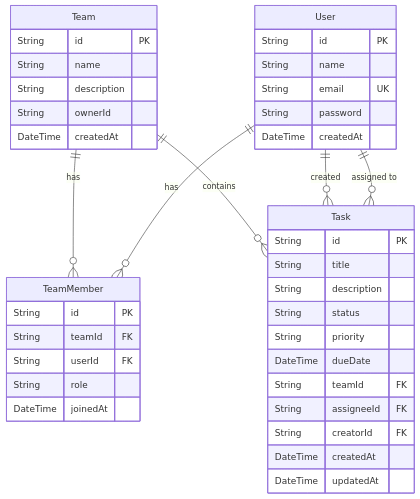
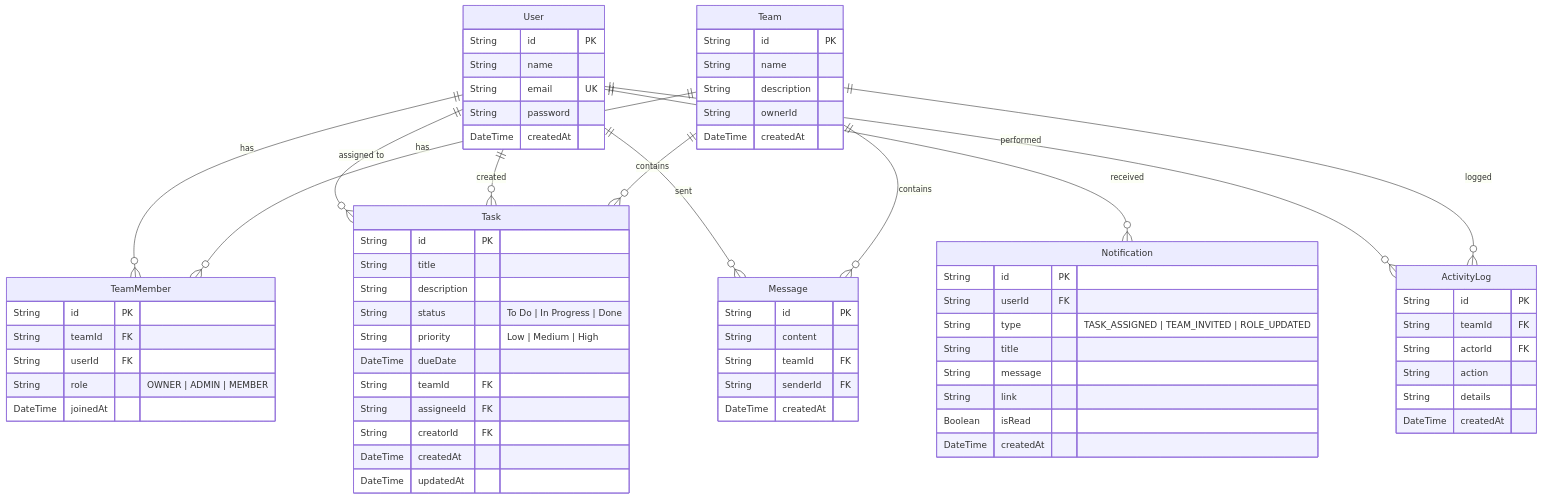
Before and after one commit to ThanhFong05/TaskFlow_App: the diagram in README.md, drawn with Mermaid. The commit also changed other lines of this file and 22 other files, not shown here.

Commit message:
feat: complete Assignment 3 & 4 with real-time chat, live task updates, in-app notifications, and advanced 3-tier RBAC

````diff
--- a/README.md
+++ b/README.md
@@ -60,46 +96,79 @@
 ```mermaid
 erDiagram
     User ||--o{ TeamMember : "has"
     User ||--o{ Task : "assigned to"
     User ||--o{ Task : "created"
+    User ||--o{ Message : "sent"
+    User ||--o{ Notification : "received"
+    User ||--o{ ActivityLog : "performed"
     Team ||--o{ TeamMember : "has"
     Team ||--o{ Task : "contains"
+    Team ||--o{ Message : "contains"
+    Team ||--o{ ActivityLog : "logged"
 
     User {
         String id PK
         String name
         String email UK
         String password
         DateTime createdAt
     }
 
     Team {
         String id PK
         String name
         String description
         String ownerId
         DateTime createdAt
     }
 
     TeamMember {
         String id PK
         String teamId FK
         String userId FK
-        String role
+        String role "OWNER | ADMIN | MEMBER"
         DateTime joinedAt
     }
 
     Task {
         String id PK
         String title
         String description
-        String status
-        String priority
+        String status "To Do | In Progress | Done"
+        String priority "Low | Medium | High"
         DateTime dueDate
         String teamId FK
         String assigneeId FK
         String creatorId FK
         DateTime createdAt
         DateTime updatedAt
     }
+
+    Message {
+        String id PK
+        String content
+        String teamId FK
+        String senderId FK
+        DateTime createdAt
+    }
+
+    Notification {
+        String id PK
+        String userId FK
+        String type "TASK_ASSIGNED | TEAM_INVITED | ROLE_UPDATED"
+        String title
+        String message
+        String link
+        Boolean isRead
+        DateTime createdAt
+    }
+
+    ActivityLog {
+        String id PK
+        String teamId FK
+        String actorId FK
+        String action
+        String details
+        DateTime createdAt
+    }
 ```
````
